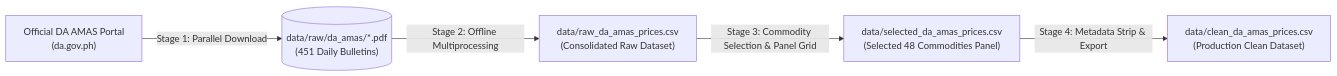
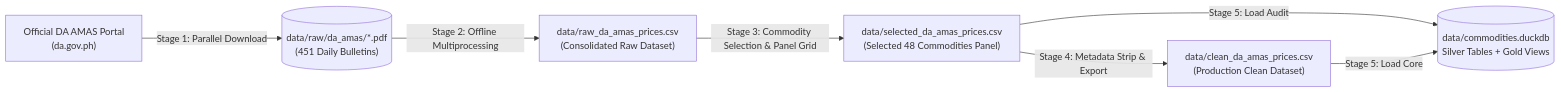
One commit to LeinnarF/Philippine-Commodity-Price-Tracker changed the diagram in README.md. Above: the diagram before and after it, drawn with Mermaid. The commit also changed other lines of this file and 3 other files, not shown here.

Commit message:
feat(pipeline): implement Stage 5 DuckDB warehouse loader and analytical views

````diff
--- a/README.md
+++ b/README.md
@@ -18,7 +18,9 @@
 ```mermaid
 flowchart LR
     DA["Official DA AMAS Portal<br/>(da.gov.ph)"] -->|Stage 1: Parallel Download| PDFs[("data/raw/da_amas/*.pdf<br/>(451 Daily Bulletins)")]
     PDFs -->|Stage 2: Offline Multiprocessing| RAW["data/raw_da_amas_prices.csv<br/>(Consolidated Raw Dataset)"]
     RAW -->|Stage 3: Commodity Selection & Panel Grid| SEL["data/selected_da_amas_prices.csv<br/>(Selected 48 Commodities Panel)"]
     SEL -->|Stage 4: Metadata Strip & Export| CLEAN["data/clean_da_amas_prices.csv<br/>(Production Clean Dataset)"]
+    SEL -->|Stage 5: Load Audit| DDB[("data/commodities.duckdb<br/>Silver Tables + Gold Views")]
+    CLEAN -->|Stage 5: Load Core| DDB
 ```
````
